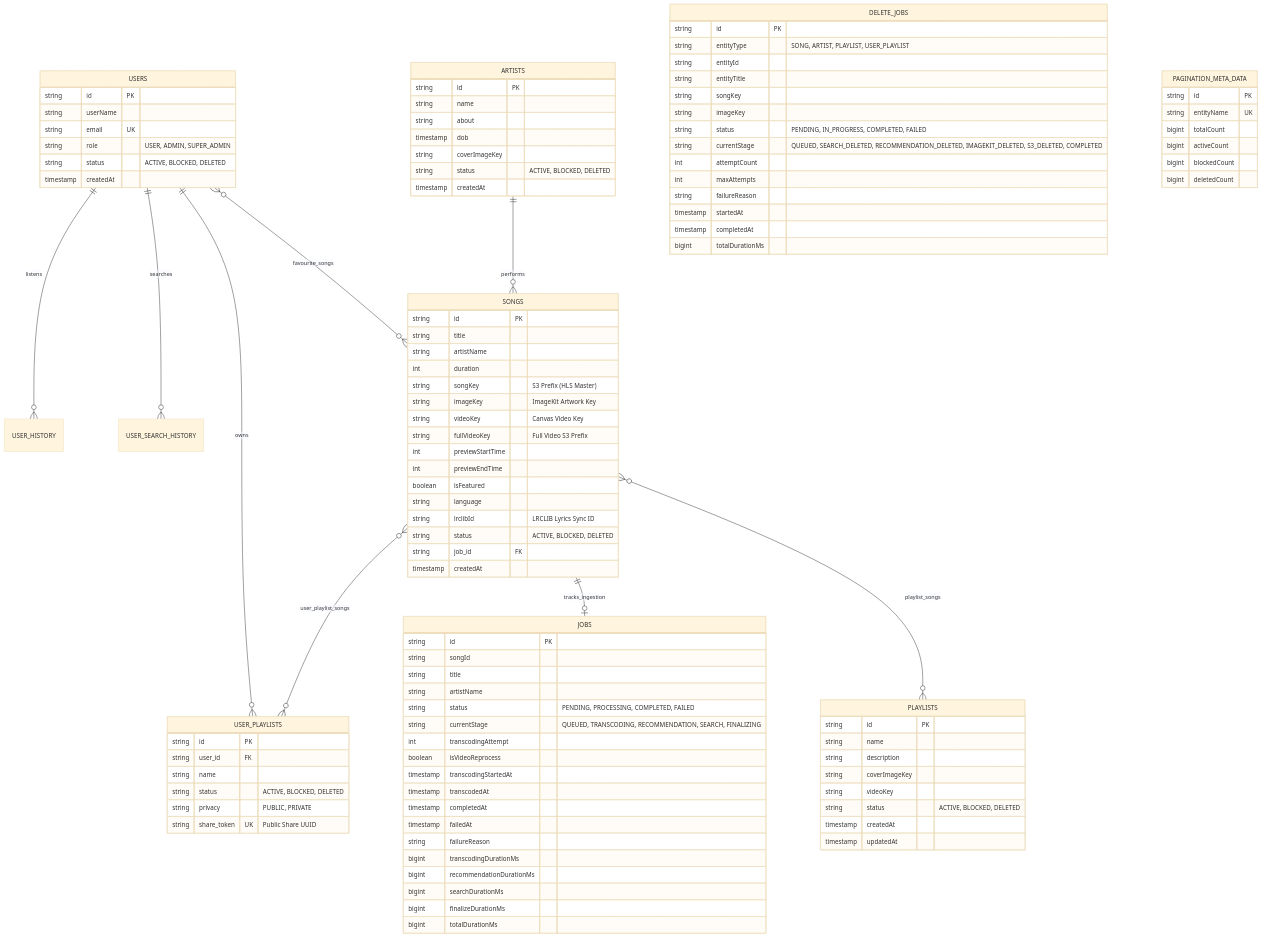
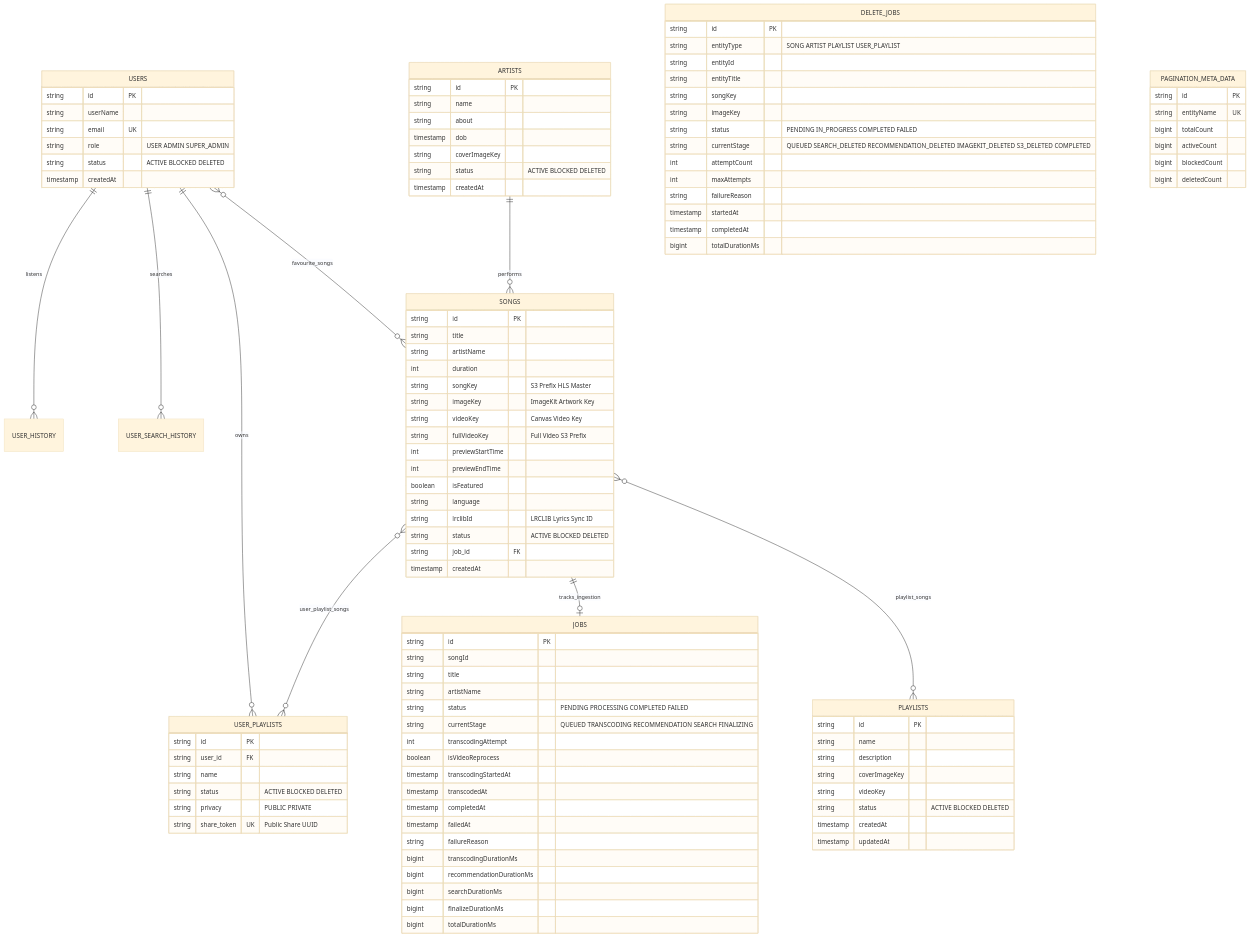
Before and after one commit to karankumar786786/AudioMelodySpringboot: diagram 12 of 15 in README.md, drawn with Mermaid (base theme). The commit also changed other lines of this file, not shown here.

Commit message:
docs: fix invalid Mermaid diagram syntax across README.md

```diff
--- a/README.md
+++ b/README.md
@@ -853,11 +853,11 @@
     USERS ||--o{ USER_PLAYLISTS : owns
     USERS ||--o{ USER_HISTORY : listens
     USERS ||--o{ USER_SEARCH_HISTORY : searches
-    USERS }o--o{ SONGS : "favourite_songs"
+    USERS }o--o{ SONGS : favourite_songs
     
     SONGS ||--o| JOBS : tracks_ingestion
-    SONGS }o--o{ PLAYLISTS : "playlist_songs"
-    SONGS }o--o{ USER_PLAYLISTS : "user_playlist_songs"
+    SONGS }o--o{ PLAYLISTS : playlist_songs
+    SONGS }o--o{ USER_PLAYLISTS : user_playlist_songs
     
     ARTISTS ||--o{ SONGS : performs
     
@@ -865,8 +865,8 @@
         string id PK
         string userName
         string email UK
-        string role "USER, ADMIN, SUPER_ADMIN"
-        string status "ACTIVE, BLOCKED, DELETED"
+        string role "USER ADMIN SUPER_ADMIN"
+        string status "ACTIVE BLOCKED DELETED"
         timestamp createdAt
     }
 
@@ -875,7 +875,7 @@
         string title
         string artistName
         int duration
-        string songKey "S3 Prefix (HLS Master)"
+        string songKey "S3 Prefix HLS Master"
         string imageKey "ImageKit Artwork Key"
         string videoKey "Canvas Video Key"
         string fullVideoKey "Full Video S3 Prefix"
@@ -884,7 +884,7 @@
         boolean isFeatured
         string language
         string lrclibId "LRCLIB Lyrics Sync ID"
-        string status "ACTIVE, BLOCKED, DELETED"
+        string status "ACTIVE BLOCKED DELETED"
         string job_id FK
         timestamp createdAt
     }
@@ -895,7 +895,7 @@
         string about
         timestamp dob
         string coverImageKey
-        string status "ACTIVE, BLOCKED, DELETED"
+        string status "ACTIVE BLOCKED DELETED"
         timestamp createdAt
     }
 
@@ -905,7 +905,7 @@
         string description
         string coverImageKey
         string videoKey
-        string status "ACTIVE, BLOCKED, DELETED"
+        string status "ACTIVE BLOCKED DELETED"
         timestamp createdAt
         timestamp updatedAt
     }
@@ -914,8 +914,8 @@
         string id PK
         string user_id FK
         string name
-        string status "ACTIVE, BLOCKED, DELETED"
-        string privacy "PUBLIC, PRIVATE"
+        string status "ACTIVE BLOCKED DELETED"
+        string privacy "PUBLIC PRIVATE"
         string share_token UK "Public Share UUID"
     }
 
@@ -924,8 +924,8 @@
         string songId
         string title
         string artistName
-        string status "PENDING, PROCESSING, COMPLETED, FAILED"
-        string currentStage "QUEUED, TRANSCODING, RECOMMENDATION, SEARCH, FINALIZING"
+        string status "PENDING PROCESSING COMPLETED FAILED"
+        string currentStage "QUEUED TRANSCODING RECOMMENDATION SEARCH FINALIZING"
         int transcodingAttempt
         boolean isVideoReprocess
         timestamp transcodingStartedAt
@@ -942,13 +942,13 @@
 
     DELETE_JOBS {
         string id PK
-        string entityType "SONG, ARTIST, PLAYLIST, USER_PLAYLIST"
+        string entityType "SONG ARTIST PLAYLIST USER_PLAYLIST"
         string entityId
         string entityTitle
         string songKey
         string imageKey
-        string status "PENDING, IN_PROGRESS, COMPLETED, FAILED"
-        string currentStage "QUEUED, SEARCH_DELETED, RECOMMENDATION_DELETED, IMAGEKIT_DELETED, S3_DELETED, COMPLETED"
+        string status "PENDING IN_PROGRESS COMPLETED FAILED"
+        string currentStage "QUEUED SEARCH_DELETED RECOMMENDATION_DELETED IMAGEKIT_DELETED S3_DELETED COMPLETED"
         int attemptCount
         int maxAttempts
         string failureReason
```
